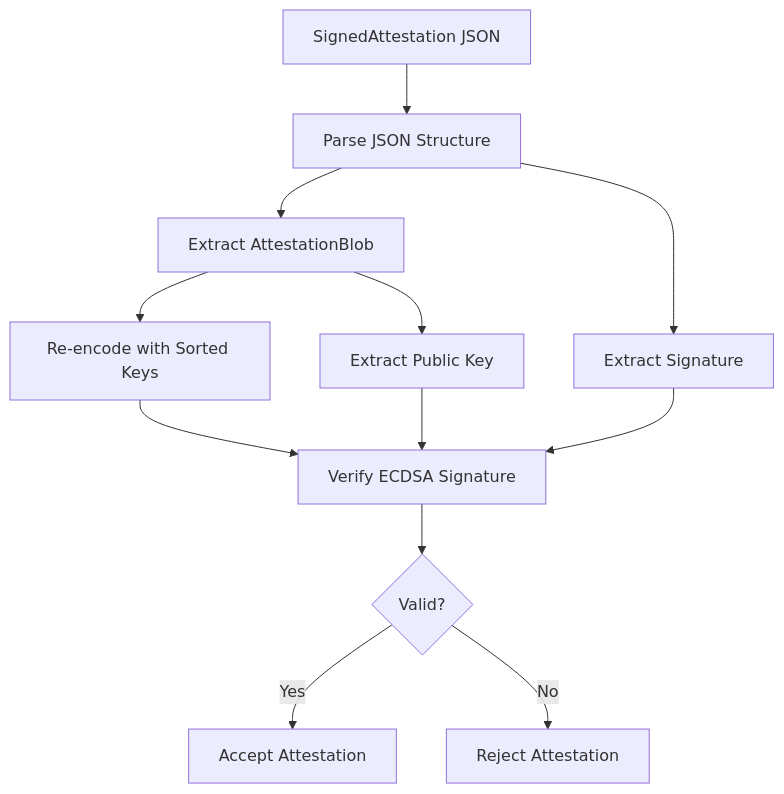
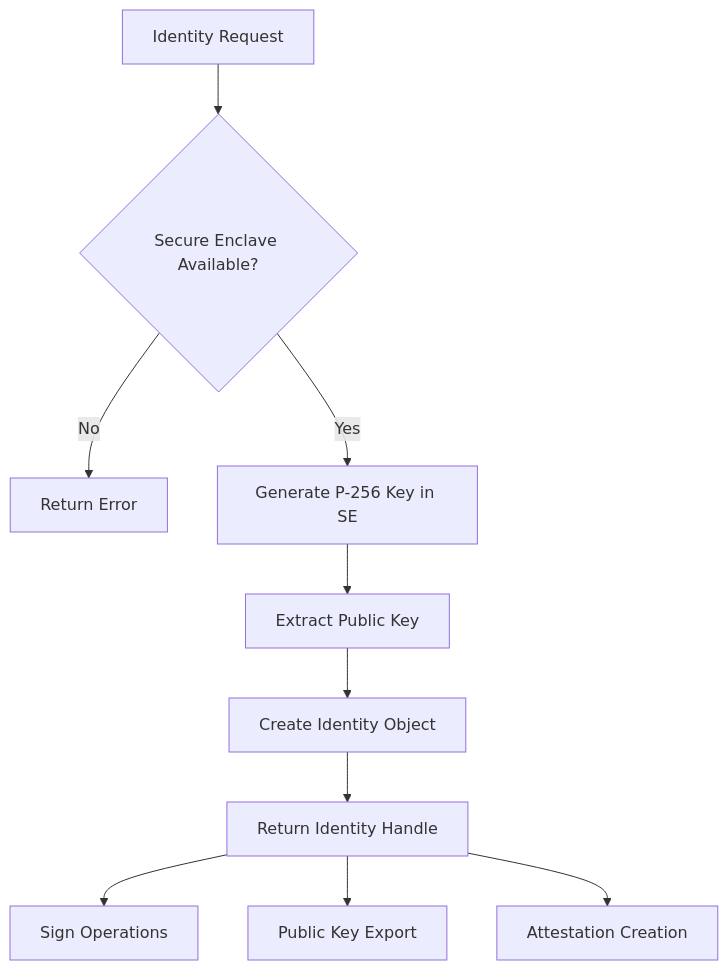
The second of 2 diagrams in artifacts/d-inference/service_analyses/EigenInferenceEnclave.md (researchoors/knowledge-maintenance), drawn with Mermaid before and after one commit. The commit also changed other lines of this file and 23 other files, not shown here.

````diff
--- a/artifacts/d-inference/service_analyses/EigenInferenceEnclave.md
+++ b/artifacts/d-inference/service_analyses/EigenInferenceEnclave.md
@@ -100,14 +85,12 @@
 ```mermaid
-graph TD
-    A[SignedAttestation JSON] --> B[Parse JSON Structure]
-    B --> C[Extract AttestationBlob]
-    B --> D[Extract Signature]
-    C --> E[Re-encode with Sorted Keys]
-    E --> F[Verify ECDSA Signature]
-    D --> F
-    C --> G[Extract Public Key]
-    G --> F
-    F --> H{Valid?}
-    H -->|Yes| I[Accept Attestation]
-    H -->|No| J[Reject Attestation]
+flowchart TD
+    A[Identity Request] --> B{Secure Enclave Available?}
+    B -->|No| C[Return Error]
+    B -->|Yes| D[Generate P-256 Key in SE]
+    D --> E[Extract Public Key]
+    E --> F[Create Identity Object]
+    F --> G[Return Identity Handle]
+    G --> H[Sign Operations]
+    G --> I[Public Key Export]
+    G --> J[Attestation Creation]
 ```
````
